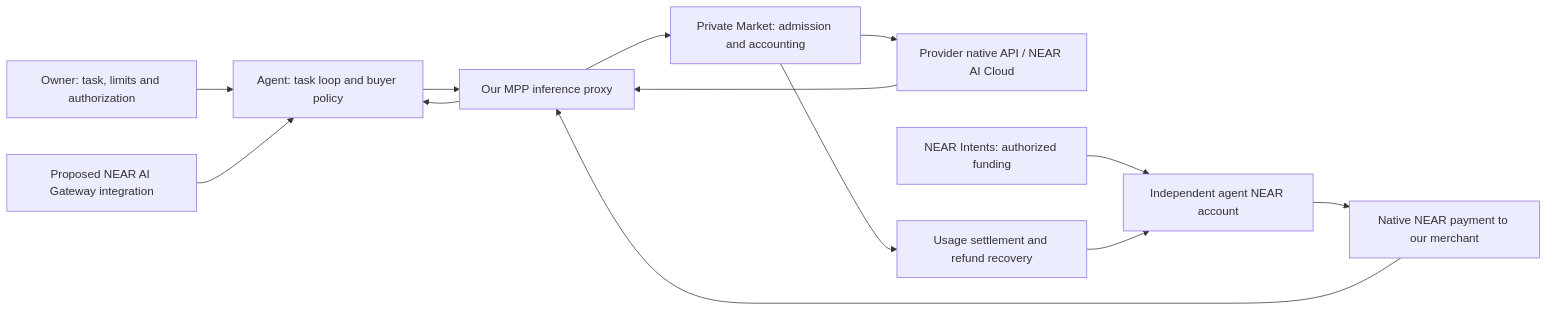
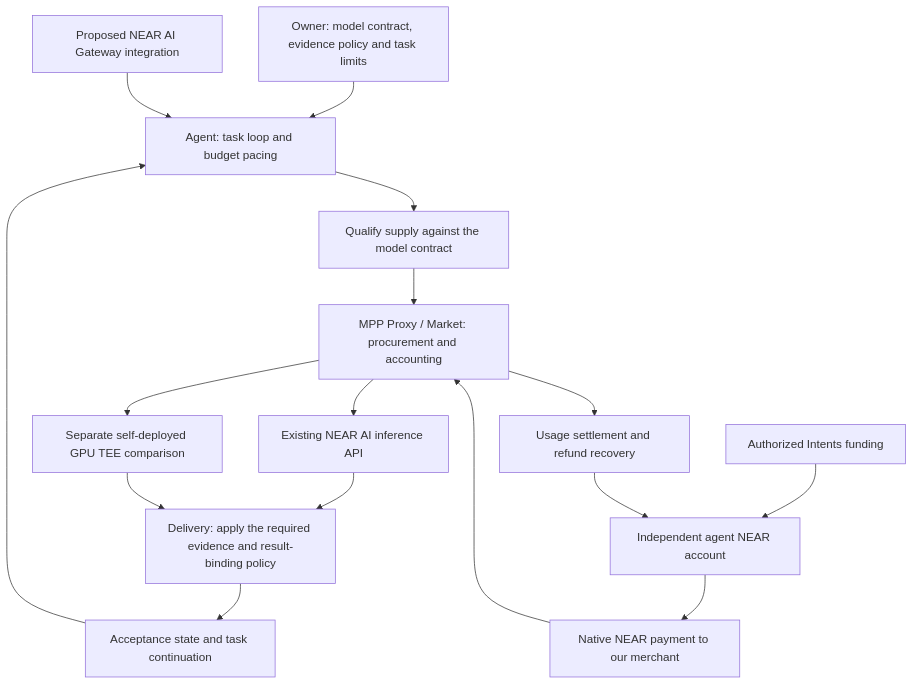
One commit to SPIKESPIGEL404/private-flex-inference-auctions changed the diagram in README.md. Above: the diagram before and after it, drawn with Mermaid. The commit also changed other lines of this file and 4 other files, not shown here.

Commit message:
docs: center autonomous procurement proposal on model fidelity

````diff
--- a/README.md
+++ b/README.md
@@ -29,15 +67,18 @@
 ```mermaid
-flowchart LR
-    O[Owner: task, limits and authorization] --> A[Agent: task loop and buyer policy]
+flowchart TB
+    O[Owner: model contract, evidence policy and task limits] --> A[Agent: task loop and budget pacing]
     G[Proposed NEAR AI Gateway integration] --> A
-    A --> P[Our MPP inference proxy]
-    P --> M[Private Market: admission and accounting]
-    M --> C[Provider native API / NEAR AI Cloud]
-    C --> P
-    P --> A
-    F[NEAR Intents: authorized funding] --> W[Independent agent NEAR account]
-    W --> N[Native NEAR payment to our merchant]
-    N --> P
+    A --> Q[Qualify supply against the model contract]
+    Q --> M[MPP Proxy / Market: procurement and accounting]
+    M --> N[Existing NEAR AI inference API]
+    M --> T[Separate self-deployed GPU TEE comparison]
+    N --> V[Delivery: apply the required evidence and result-binding policy]
+    T --> V
+    V --> S[Acceptance state and task continuation]
+    S --> A
+    F[Authorized Intents funding] --> W[Independent agent NEAR account]
+    W --> P[Native NEAR payment to our merchant]
+    P --> M
     M --> R[Usage settlement and refund recovery]
     R --> W
 ```
````
